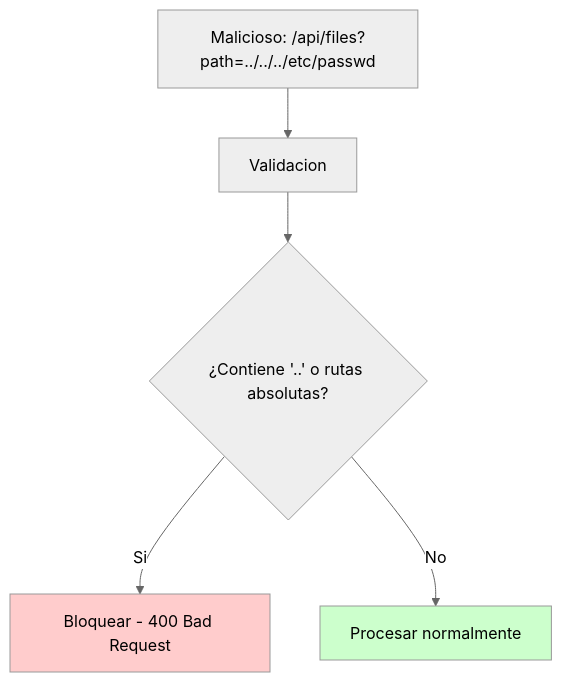
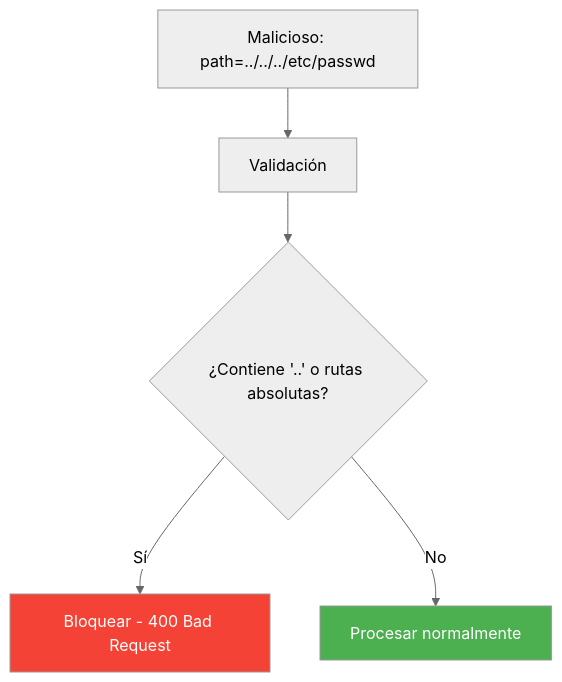
The third of 3 diagrams in 20-file-storage.md (joseluisgs/DesarrolloWebEntornosServidor-02-2026-2027), drawn with Mermaid (neutral theme) before and after one commit. The commit also changed other lines of this file and 17 other files, not shown here.

````diff
--- a/20-file-storage.md
+++ b/20-file-storage.md
@@ -953,9 +1012,9 @@
 ```mermaid
 graph TD
-    A["Malicioso: /api/files?path=../../../etc/passwd"] --> B[Validacion]
+    A["Malicioso: path=../../../etc/passwd"] --> B[Validación]
     B --> C{"¿Contiene '..' o rutas absolutas?"}
-    C -->|Si| D["Bloquear - 400 Bad Request"]
-    C -->|No| E["Procesar normalmente"]
-    style D fill:#ffcccc
-    style E fill:#ccffcc
+    C -->|Sí| D[Bloquear - 400 Bad Request]
+    C -->|No| E[Procesar normalmente]
+    style D fill:#f44336,color:#fff
+    style E fill:#4CAF50,color:#fff
 ```
````
